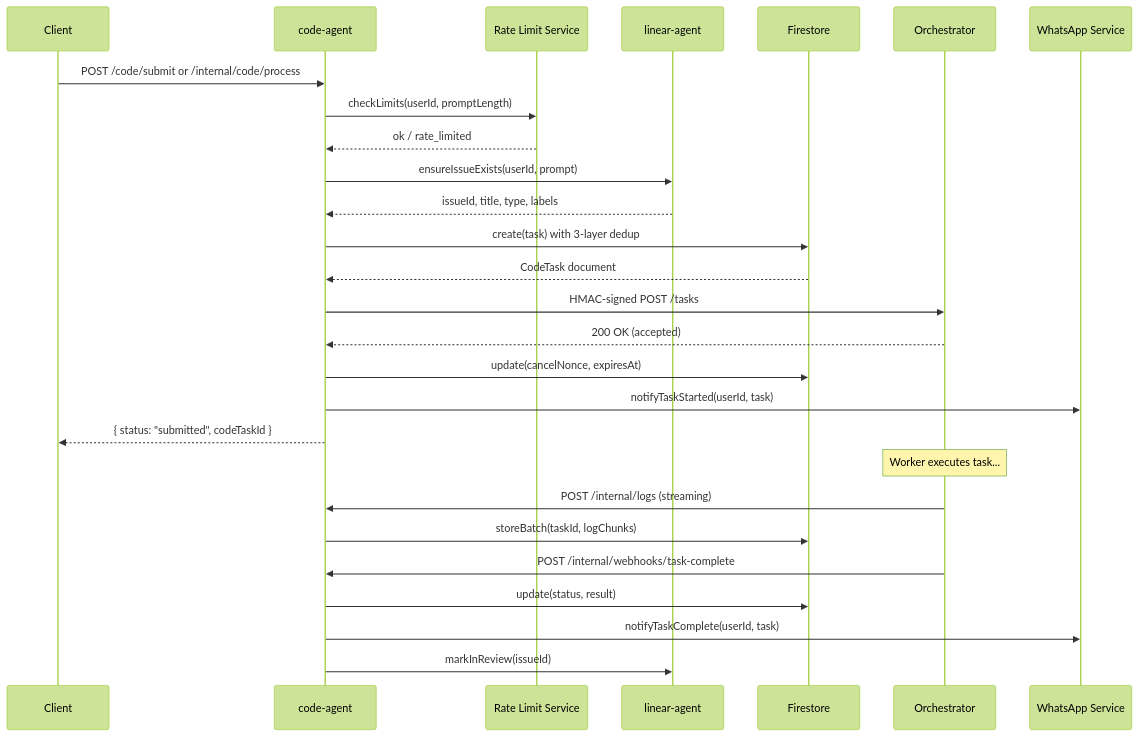
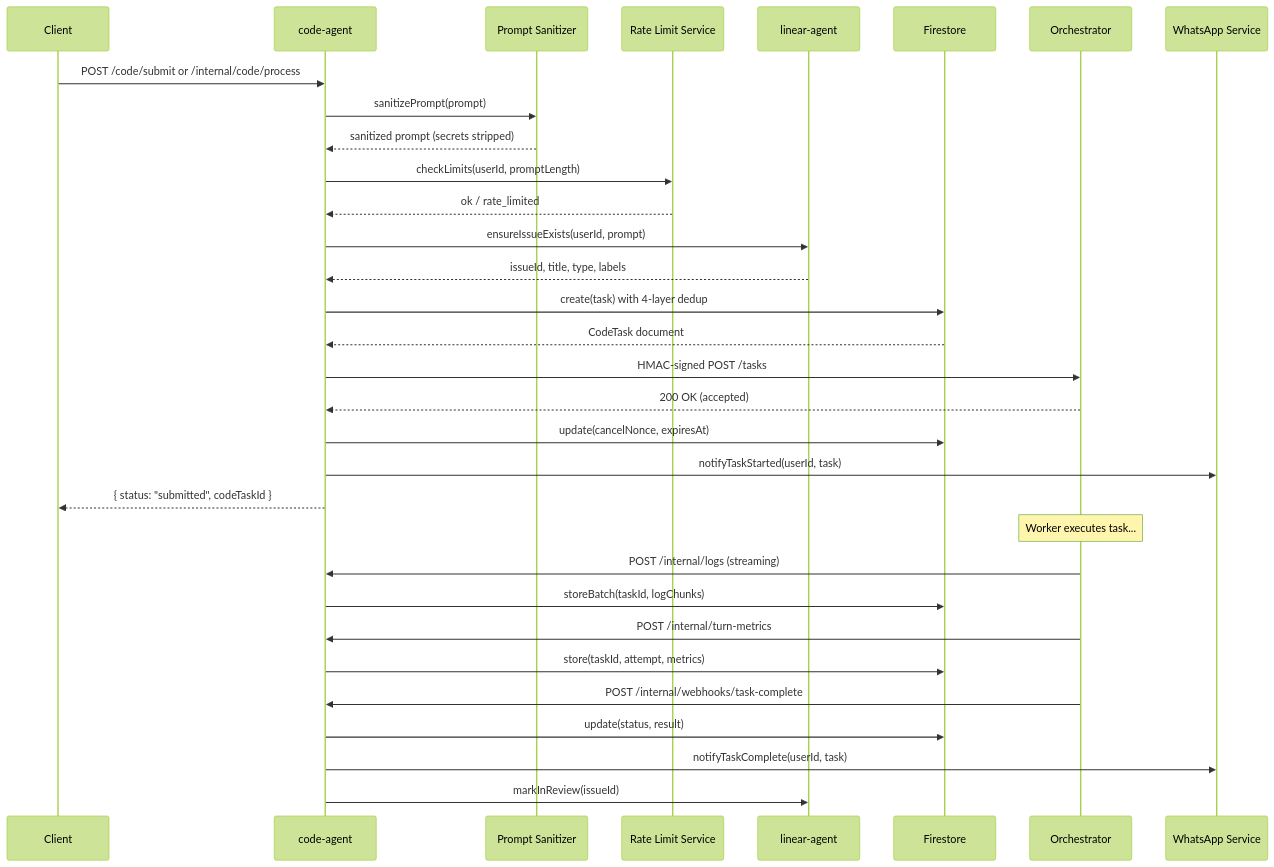
One commit to pbuchman/intexuraos changed the second of 2 diagrams in docs/services/code-agent/technical.md. Above: the diagram before and after it, drawn with Mermaid (forest theme). The commit also changed other lines of this file and 102 other files, not shown here.

````diff
--- a/docs/services/code-agent/technical.md
+++ b/docs/services/code-agent/technical.md
@@ -61,37 +62,43 @@
 ```mermaid
 sequenceDiagram
     participant Client
     participant CodeAgent as code-agent
+    participant Sanitizer as Prompt Sanitizer
     participant RateLimit as Rate Limit Service
     participant Linear as linear-agent
     participant Firestore
     participant Worker as Orchestrator
     participant WhatsApp as WhatsApp Service
 
     Client->>CodeAgent: POST /code/submit or /internal/code/process
+    CodeAgent->>Sanitizer: sanitizePrompt(prompt)
+    Sanitizer-->>CodeAgent: sanitized prompt (secrets stripped)
     CodeAgent->>RateLimit: checkLimits(userId, promptLength)
     RateLimit-->>CodeAgent: ok / rate_limited
 
     CodeAgent->>Linear: ensureIssueExists(userId, prompt)
     Linear-->>CodeAgent: issueId, title, type, labels
 
-    CodeAgent->>Firestore: create(task) with 3-layer dedup
+    CodeAgent->>Firestore: create(task) with 4-layer dedup
     Firestore-->>CodeAgent: CodeTask document
 
     CodeAgent->>Worker: HMAC-signed POST /tasks
     Worker-->>CodeAgent: 200 OK (accepted)
 
     CodeAgent->>Firestore: update(cancelNonce, expiresAt)
     CodeAgent->>WhatsApp: notifyTaskStarted(userId, task)
     CodeAgent-->>Client: { status: "submitted", codeTaskId }
 
     Note over Worker: Worker executes task...
 
     Worker->>CodeAgent: POST /internal/logs (streaming)
     CodeAgent->>Firestore: storeBatch(taskId, logChunks)
 
+    Worker->>CodeAgent: POST /internal/turn-metrics
+    CodeAgent->>Firestore: store(taskId, attempt, metrics)
+
     Worker->>CodeAgent: POST /internal/webhooks/task-complete
     CodeAgent->>Firestore: update(status, result)
     CodeAgent->>WhatsApp: notifyTaskComplete(userId, task)
     CodeAgent->>Linear: markInReview(issueId)
 ```
````
